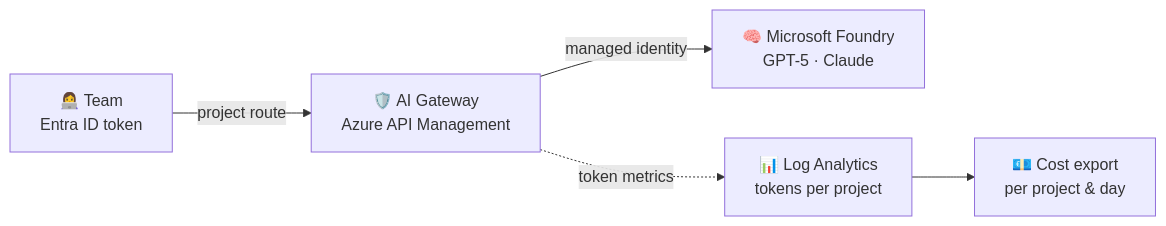
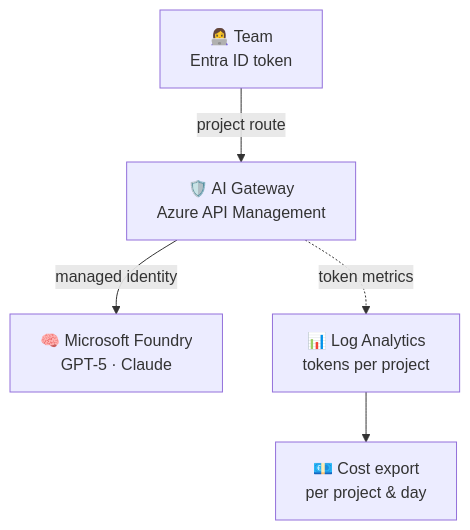
Before and after one commit to MaxCernyDevOps/my-devops-portfolio: the diagram in content/case-study/ai-foundry-platform-ai-gateway.md, drawn with Mermaid. The commit also changed other lines of this file and 6 other files, not shown here.

```diff
--- a/content/case-study/ai-foundry-platform-ai-gateway.md
+++ b/content/case-study/ai-foundry-platform-ai-gateway.md
@@ -25,13 +27,13 @@
 {{< mermaid >}}
-flowchart LR
+flowchart TB
     T["👩‍💻 Team<br/>Entra ID token"]
     GW["🛡️ AI Gateway<br/>Azure API Management"]
     F["🧠 Microsoft Foundry<br/>GPT-5 · Claude"]
     M["📊 Log Analytics<br/>tokens per project"]
     C["💶 Cost export<br/>per project & day"]
 
     T -- project route --> GW
     GW -- managed identity --> F
     GW -. token metrics .-> M
     M --> C
 {{< /mermaid >}}
```
